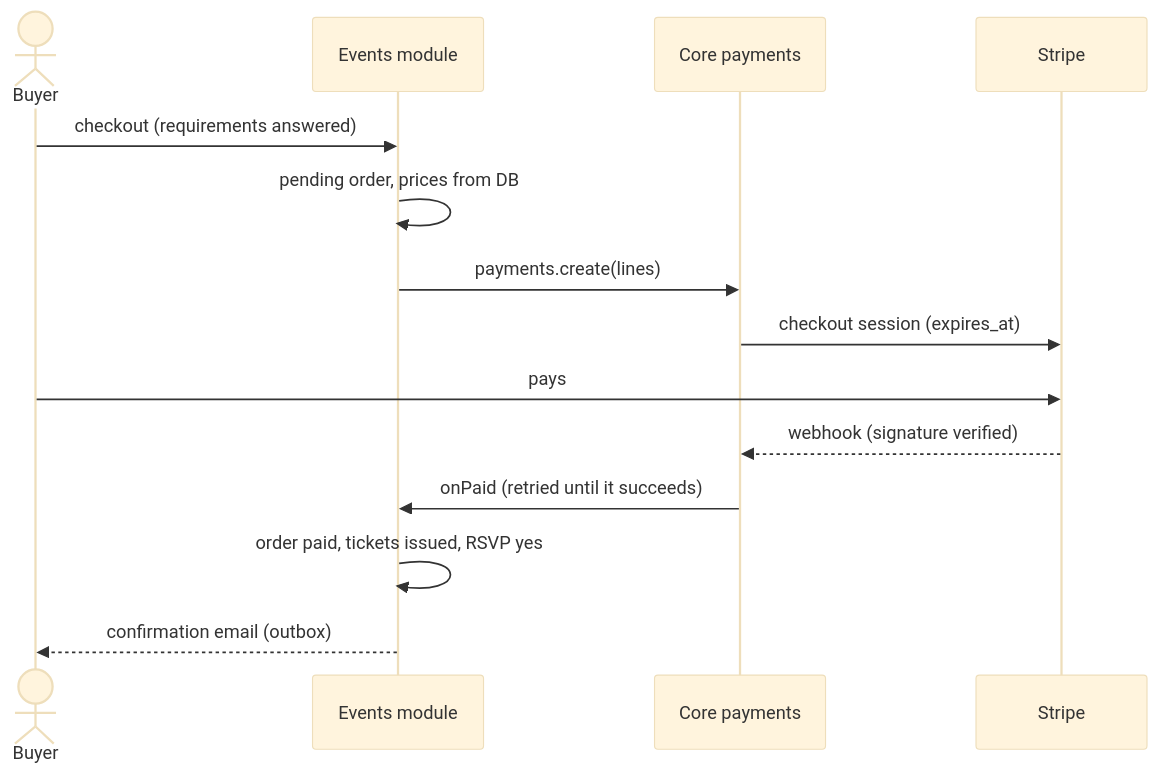
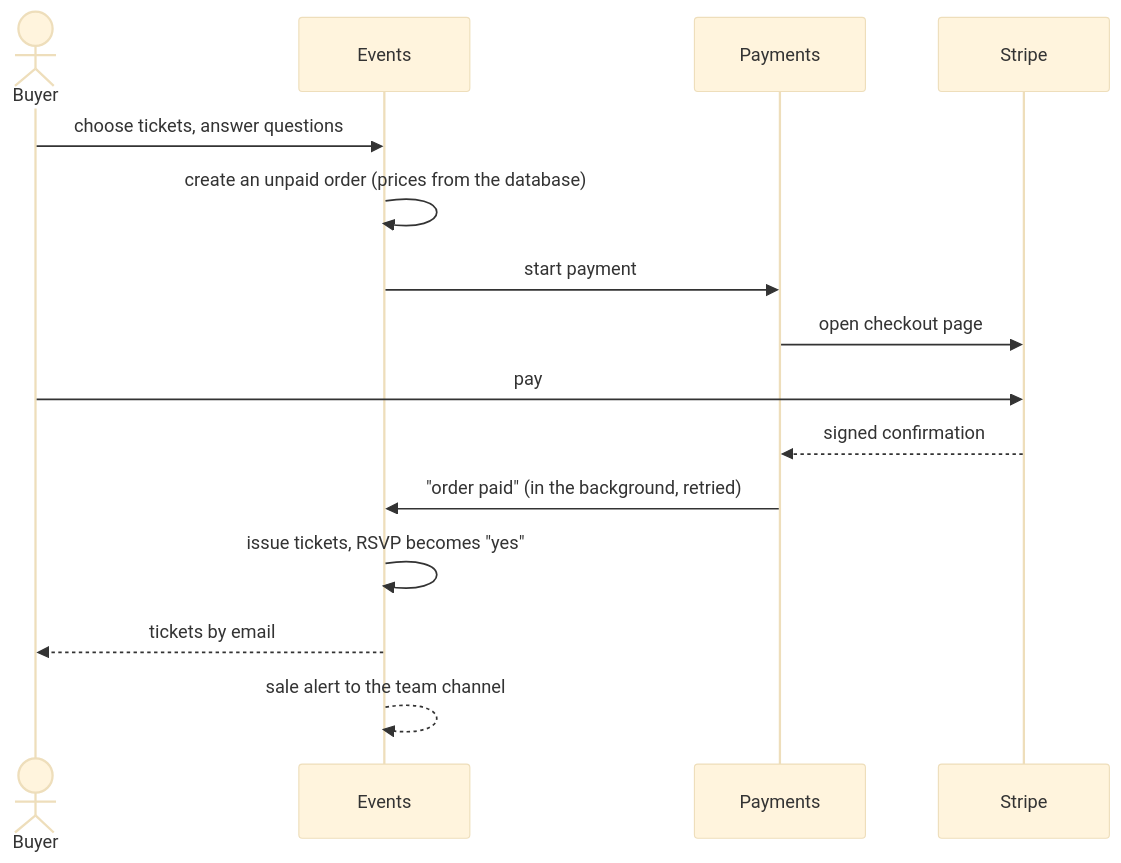
One commit to Konkrad/cms changed the first of 2 diagrams in src/modules/events/features/ticket-checkout.md. Above: the diagram before and after it, drawn with Mermaid (base theme). The commit also changed other lines of this file and 11 other files, not shown here.

First line of the commit message:
Feature notes in business language, with diagrams; architecture notes

````diff
--- a/src/modules/events/features/ticket-checkout.md
+++ b/src/modules/events/features/ticket-checkout.md
@@ -14,16 +14,17 @@
 ```mermaid
 sequenceDiagram
     actor Buyer
-    participant Events as Events module
-    participant Payments as Core payments
+    participant Events
+    participant Payments
     participant Stripe
-    Buyer->>Events: checkout (requirements answered)
-    Events->>Events: pending order, prices from DB
-    Events->>Payments: payments.create(lines)
-    Payments->>Stripe: checkout session (expires_at)
-    Buyer->>Stripe: pays
-    Stripe-->>Payments: webhook (signature verified)
-    Payments->>Events: onPaid (retried until it succeeds)
-    Events->>Events: order paid, tickets issued, RSVP yes
-    Events-->>Buyer: confirmation email (outbox)
+    Buyer->>Events: choose tickets, answer questions
+    Events->>Events: create an unpaid order (prices from the database)
+    Events->>Payments: start payment
+    Payments->>Stripe: open checkout page
+    Buyer->>Stripe: pay
+    Stripe-->>Payments: signed confirmation
+    Payments->>Events: "order paid" (in the background, retried)
+    Events->>Events: issue tickets, RSVP becomes "yes"
+    Events-->>Buyer: tickets by email
+    Events-->>Events: sale alert to the team channel
 ```
````
